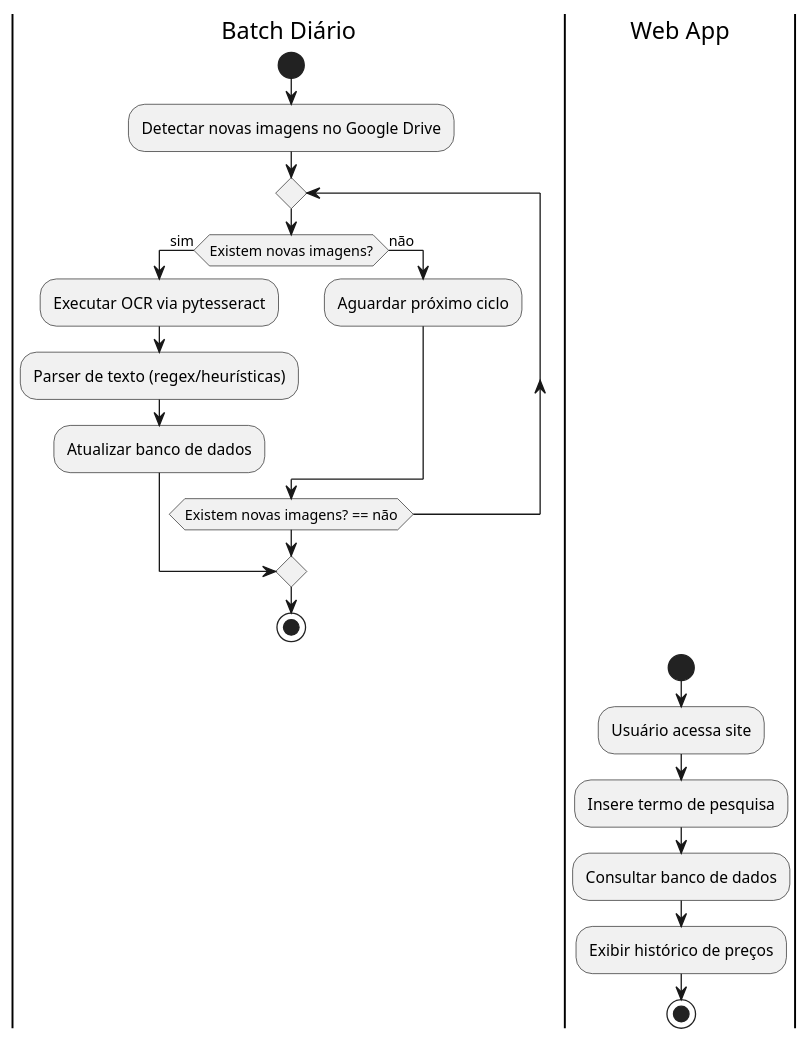
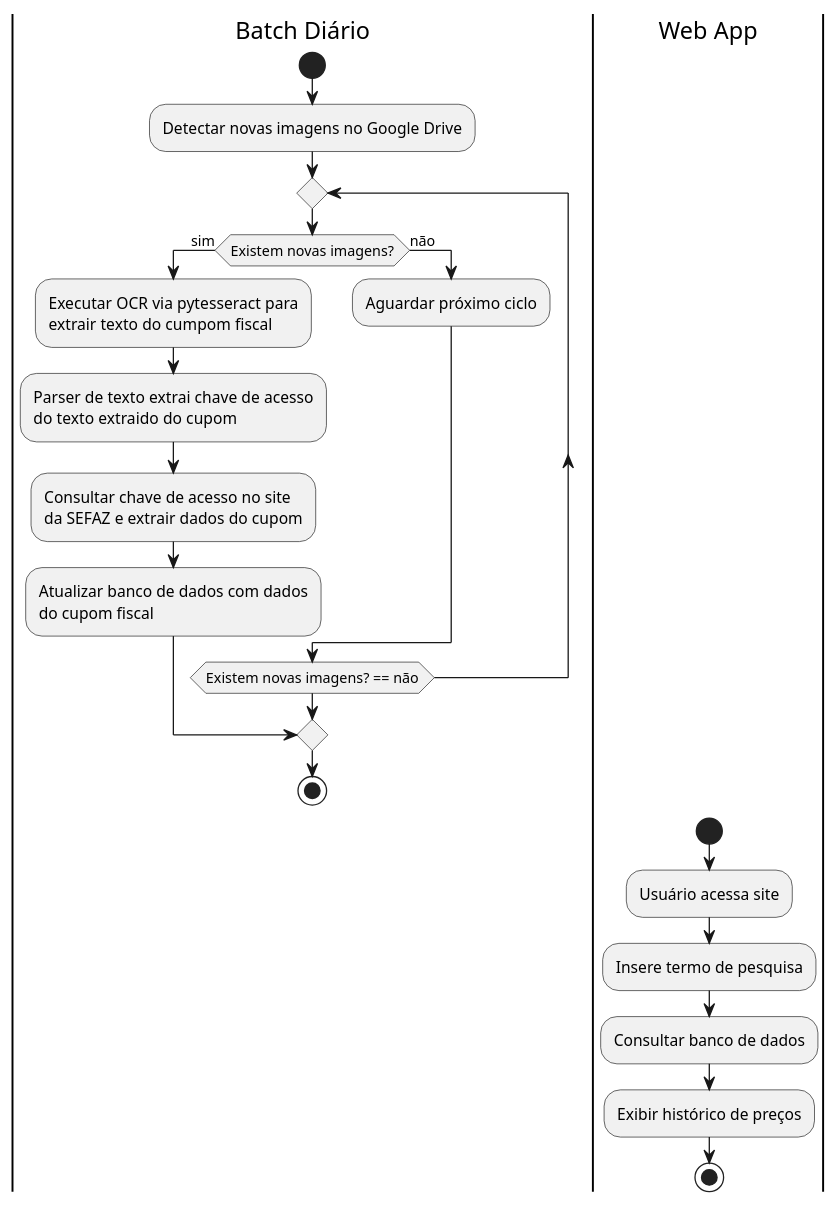
One commit to brunoropacheco/Historico_Mercado changed the diagram in docs/fluxograma.plantuml. Above: the diagram before and after it, drawn with PlantUML. The commit also changed 6 other files, not shown here.

```diff
--- a/docs/fluxograma.plantuml
+++ b/docs/fluxograma.plantuml
@@ -1,24 +1,29 @@
 @startuml fluxograma
 |Batch Diário|
 start
 :Detectar novas imagens no Google Drive;
 repeat
   if (Existem novas imagens?) then (sim)
-    :Executar OCR via pytesseract;
-    :Parser de texto (regex/heurísticas);
-    :Atualizar banco de dados;
+    :Executar OCR via pytesseract para 
+    extrair texto do cumpom fiscal;
+    :Parser de texto extrai chave de acesso
+    do texto extraido do cupom;
+    :Consultar chave de acesso no site
+    da SEFAZ e extrair dados do cupom;
+    :Atualizar banco de dados com dados
+    do cupom fiscal;
     break
   else (não)
     :Aguardar próximo ciclo;
   endif
 repeat while (Existem novas imagens? == não)
 stop
 
 |Web App|
 start
 :Usuário acessa site;
 :Insere termo de pesquisa;
 :Consultar banco de dados;
 :Exibir histórico de preços;
 stop
 @enduml
```
